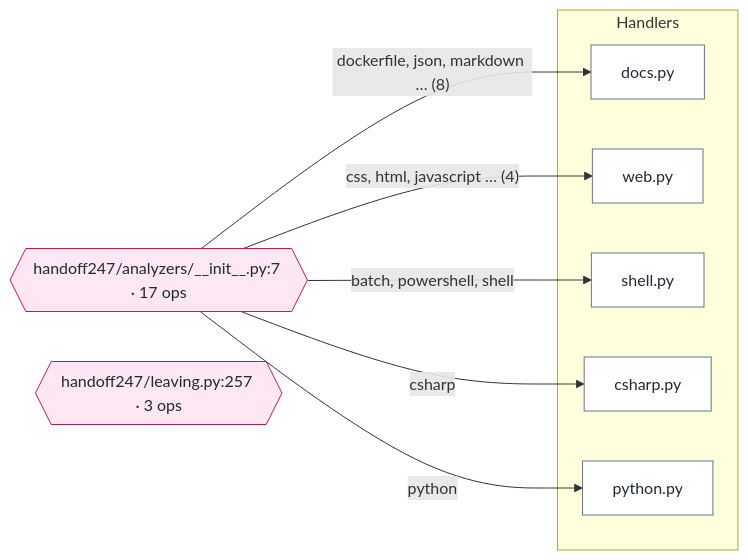
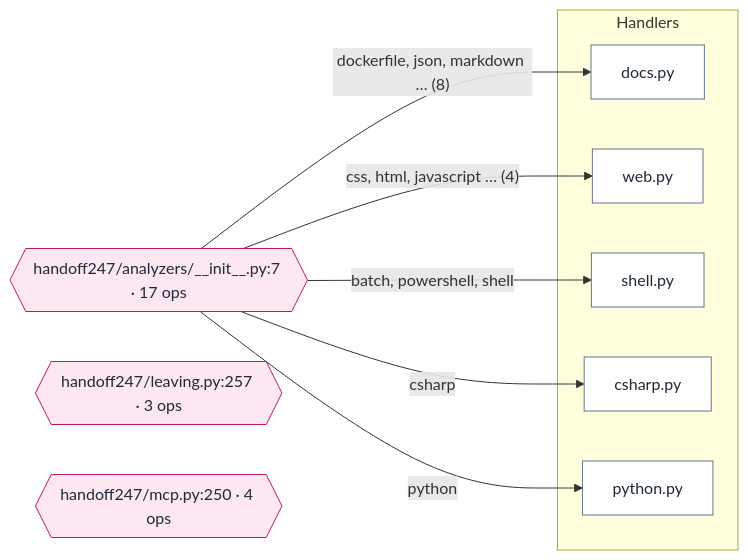
The diagram in docs/handoff/diagrams/system.mmd (unkkyuist/HandOff247), drawn with Mermaid before and after one commit. The commit also changed 50 other files, not shown here.

```diff
--- a/docs/handoff/diagrams/system.mmd
+++ b/docs/handoff/diagrams/system.mmd
@@ -1,25 +1,26 @@
 flowchart LR
   n1{{"handoff247/analyzers/#95;#95;init#95;#95;.py:7 · 17 ops"}}:::table
   n2{{"handoff247/leaving.py:257 · 3 ops"}}:::table
-  subgraph g3["Handlers"]
-    n4["docs.py"]:::file
-    n5["web.py"]:::file
-    n6["shell.py"]:::file
-    n7["csharp.py"]:::file
-    n8["python.py"]:::file
+  n3{{"handoff247/mcp.py:250 · 4 ops"}}:::table
+  subgraph g4["Handlers"]
+    n5["docs.py"]:::file
+    n6["web.py"]:::file
+    n7["shell.py"]:::file
+    n8["csharp.py"]:::file
+    n9["python.py"]:::file
   end
-  n1 -->|"csharp"| n7
-  n1 -->|"python"| n8
-  n1 -->|"css, html, javascript … (4)"| n5
-  n1 -->|"batch, powershell, shell"| n6
-  n1 -->|"dockerfile, json, markdown … (8)"| n4
+  n1 -->|"csharp"| n8
+  n1 -->|"python"| n9
+  n1 -->|"css, html, javascript … (4)"| n6
+  n1 -->|"batch, powershell, shell"| n7
+  n1 -->|"dockerfile, json, markdown … (8)"| n5
   classDef entry fill:#fde68a,stroke:#b45309,color:#1f2937
   classDef launcher fill:#e0e7ff,stroke:#4338ca,color:#1f2937
   classDef mode fill:#dcfce7,stroke:#15803d,color:#1f2937
   classDef iface fill:#cffafe,stroke:#0e7490,color:#1f2937
   classDef table fill:#fce7f3,stroke:#be185d,color:#1f2937
   classDef hub fill:#f3f4f6,stroke:#6b7280,color:#1f2937,stroke-dasharray:4 3
   classDef data fill:#fef3c7,stroke:#92400e,color:#1f2937
   classDef ext fill:#ffffff,stroke:#9ca3af,color:#374151,stroke-dasharray:2 2
   classDef test fill:#ede9fe,stroke:#6d28d9,color:#1f2937
   classDef file fill:#ffffff,stroke:#64748b,color:#1f2937
```
